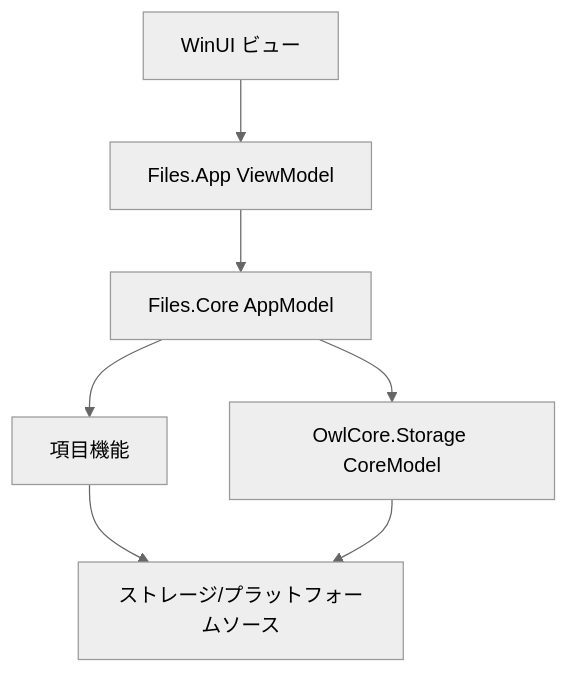
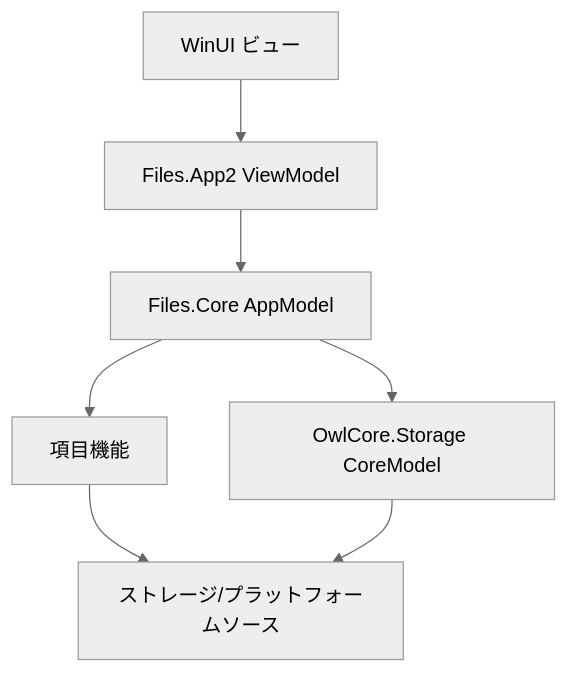
One commit to 0x5bfa/Files changed the first of 2 diagrams in docs/architecture/README.md. Above: the diagram before and after it, drawn with Mermaid (neutral theme). The commit also changed other lines of this file and 678 other files, not shown here.

````diff
--- a/docs/architecture/README.md
+++ b/docs/architecture/README.md
@@ -8,16 +8,16 @@
 ```mermaid
 flowchart TB
     Views["WinUI ビュー"]
-    ViewModels["Files.App ViewModel"]
+    ViewModels["Files.App2 ViewModel"]
     AppModels["Files.Core AppModel"]
     ItemFeatures["項目機能"]
     CoreModels["OwlCore.Storage CoreModel"]
     Sources["ストレージ/プラットフォームソース"]
 
     Views --> ViewModels
     ViewModels --> AppModels
     AppModels --> ItemFeatures
     AppModels --> CoreModels
     ItemFeatures --> Sources
     CoreModels --> Sources
 ```
````
